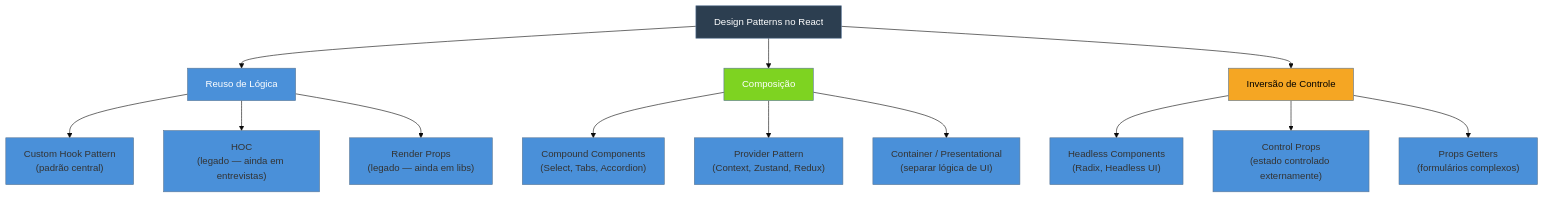
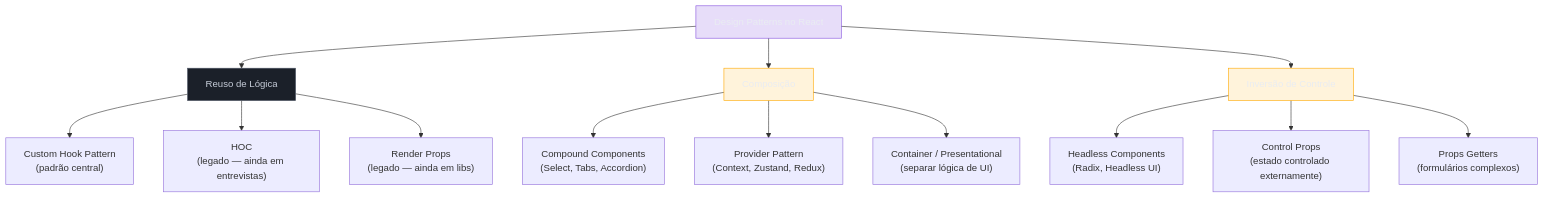
Before and after one commit to josenaldo/codex-technomanticus: the second of 2 diagrams in 03-Dominios/Tecnologia/React/Design Patterns/01 - Padrões no React e a evolução.md, drawn with Mermaid. The commit also changed other lines of this file and 1181 other files, not shown here.

First line of the commit message:
fix(diagramas): paleta do sistema no lugar de cor cravada no markdown

````diff
--- a/03-Dominios/Tecnologia/React/Design Patterns/01 - Padrões no React e a evolução.md
+++ b/03-Dominios/Tecnologia/React/Design Patterns/01 - Padrões no React e a evolução.md
@@ -351,24 +350,26 @@
 ```mermaid
-%%{init: {"theme": "base", "themeVariables": {"primaryColor": "#4A90D9", "secondaryColor": "#7ED321", "tertiaryColor": "#F5A623"}}}%%
 graph TD
+    classDef neutro fill:#1B2029,stroke:#4E5666,color:#C6CCD8
+    classDef destaque fill:#FFAA0024,stroke:#FFAA00,color:#E9ECF2
+    classDef marca fill:#8855DF33,stroke:#8855DF,color:#E9ECF2
     ROOT["Design Patterns no React"] --> RL["Reuso de Lógica"]
     ROOT --> COM["Composição"]
     ROOT --> IOC["Inversão de Controle"]
 
     RL --> RL1["Custom Hook Pattern\n(padrão central)"]
     RL --> RL2["HOC\n(legado — ainda em entrevistas)"]
     RL --> RL3["Render Props\n(legado — ainda em libs)"]
 
     COM --> COM1["Compound Components\n(Select, Tabs, Accordion)"]
     COM --> COM2["Provider Pattern\n(Context, Zustand, Redux)"]
     COM --> COM3["Container / Presentational\n(separar lógica de UI)"]
 
     IOC --> IOC1["Headless Components\n(Radix, Headless UI)"]
     IOC --> IOC2["Control Props\n(estado controlado externamente)"]
     IOC --> IOC3["Props Getters\n(formulários complexos)"]
 
-    style RL fill:#4A90D9,color:#fff
-    style COM fill:#7ED321,color:#fff
-    style IOC fill:#F5A623,color:#000
-    style ROOT fill:#2C3E50,color:#fff
+    class RL neutro
+    class COM destaque
+    class IOC destaque
+    class ROOT marca
 ```
````
